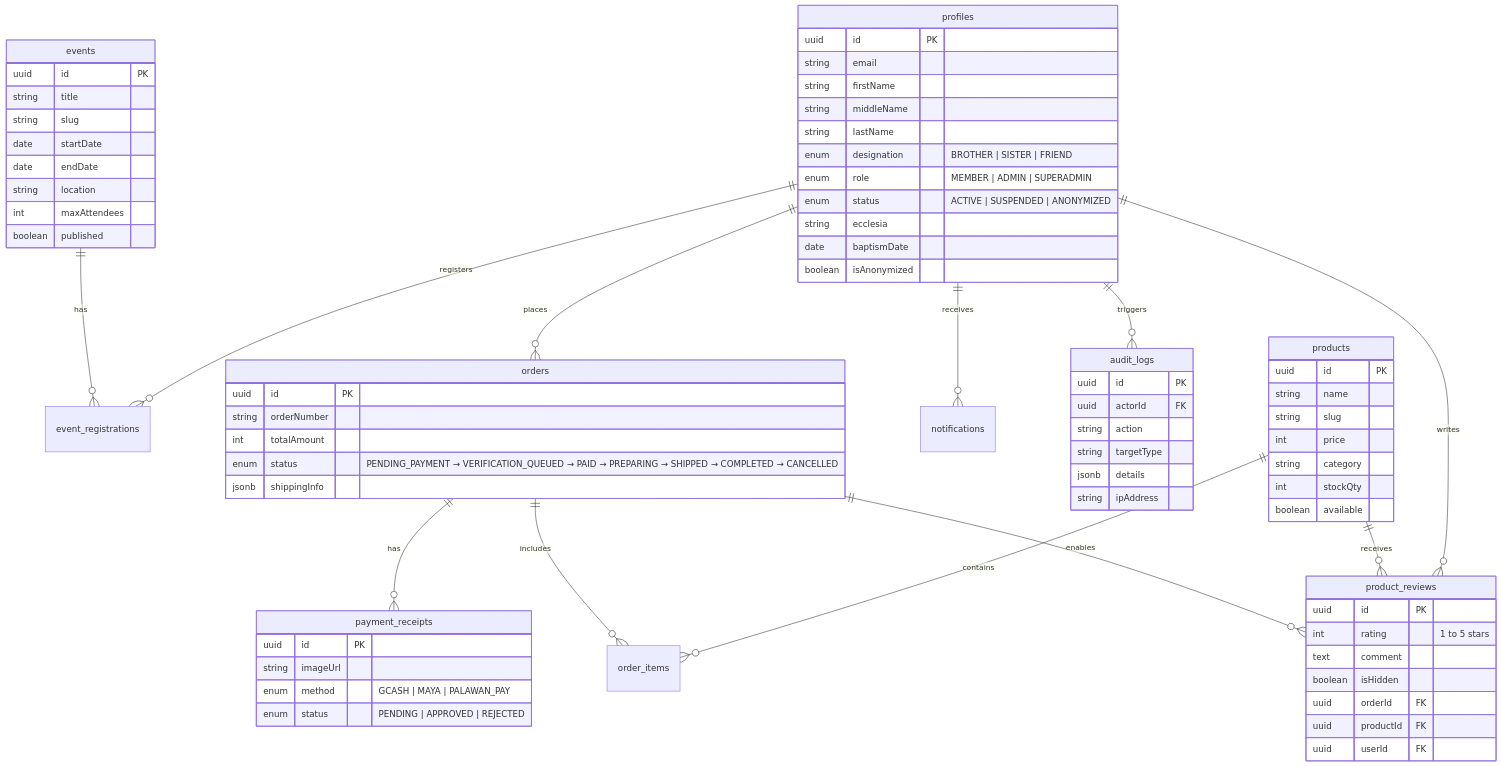
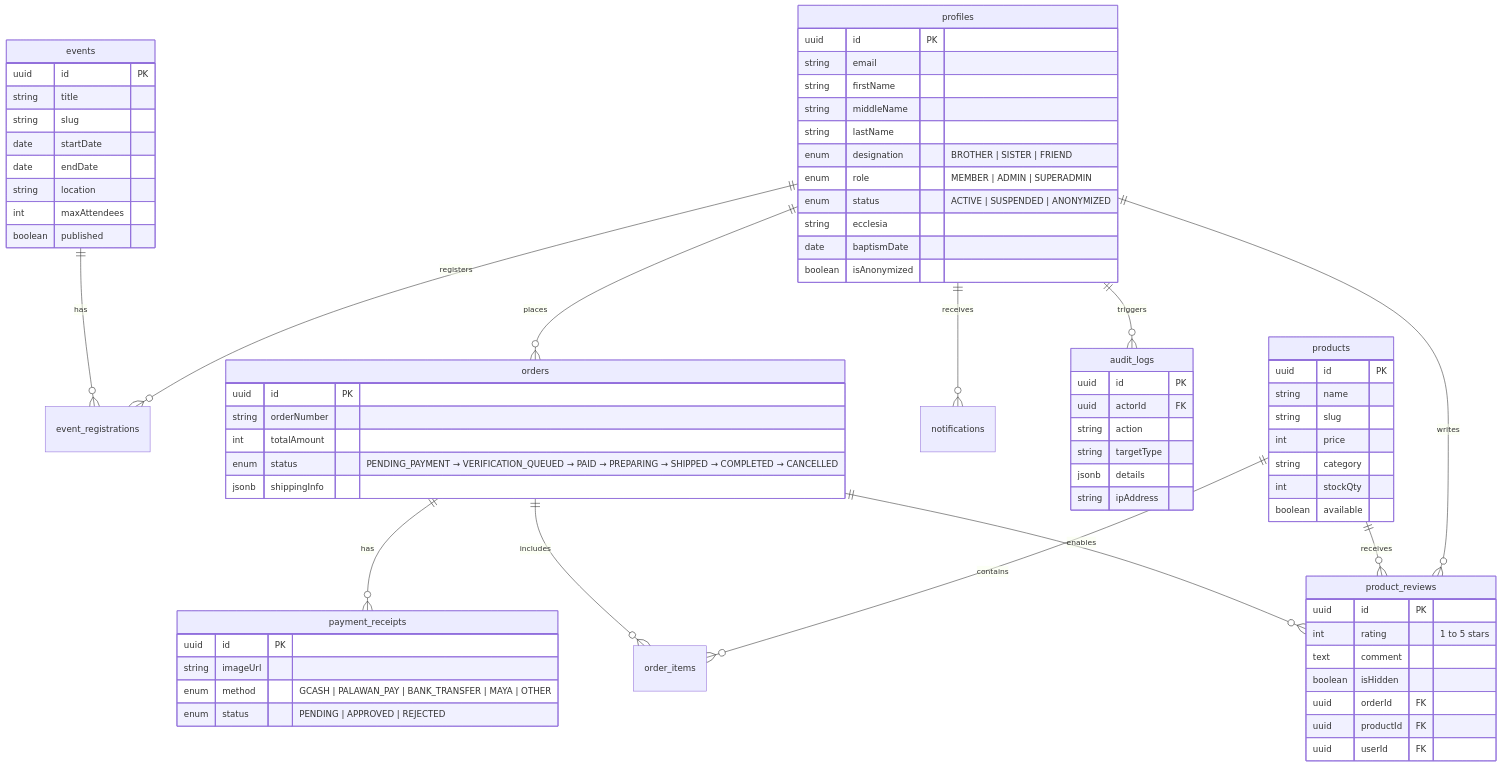
The second of 2 diagrams in README.md (yuri-salise/pcyc-space), drawn with Mermaid before and after one commit. The commit also changed other lines of this file and 34 other files, not shown here.

```diff
--- a/README.md
+++ b/README.md
@@ -497,7 +497,7 @@
     payment_receipts {
         uuid id PK
         string imageUrl
-        enum method "GCASH | MAYA | PALAWAN_PAY"
+        enum method "GCASH | PALAWAN_PAY | BANK_TRANSFER | MAYA | OTHER"
         enum status "PENDING | APPROVED | REJECTED"
     }
 
```
